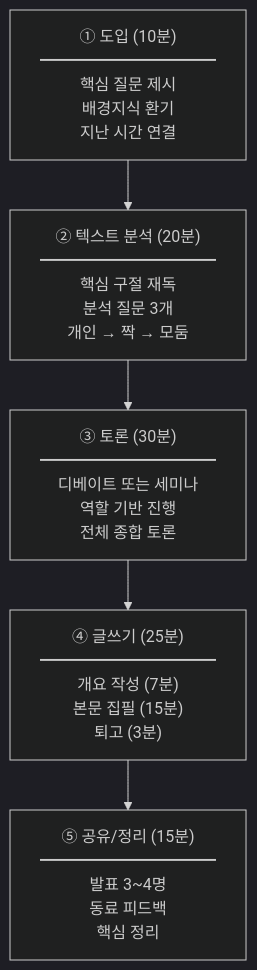
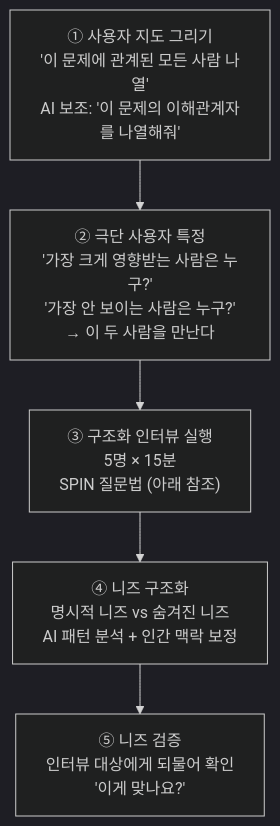
One commit to Collegenie-X/ReadingClueProject changed the second of 3 diagrams in 아이디어/독서토론_중등과정_실전운영_매뉴얼.md. Above: the diagram before and after it, drawn with Mermaid (dark theme). The commit also changed other lines of this file and 7 other files, not shown here.

````diff
--- a/아이디어/독서토론_중등과정_실전운영_매뉴얼.md
+++ b/아이디어/독서토론_중등과정_실전운영_매뉴얼.md
@@ -122,8 +143,8 @@
 ```mermaid
 flowchart TD
-    A["① 도입 (10분)<br/>━━━━━━━━━━━<br/>핵심 질문 제시<br/>배경지식 환기<br/>지난 시간 연결"]
-    --> B["② 텍스트 분석 (20분)<br/>━━━━━━━━━━━<br/>핵심 구절 재독<br/>분석 질문 3개<br/>개인 → 짝 → 모둠"]
-    --> C["③ 토론 (30분)<br/>━━━━━━━━━━━<br/>디베이트 또는 세미나<br/>역할 기반 진행<br/>전체 종합 토론"]
-    --> D["④ 글쓰기 (25분)<br/>━━━━━━━━━━━<br/>개요 작성 (7분)<br/>본문 집필 (15분)<br/>퇴고 (3분)"]
-    --> E["⑤ 공유/정리 (15분)<br/>━━━━━━━━━━━<br/>발표 3~4명<br/>동료 피드백<br/>핵심 정리"]
+    A["① 사용자 지도 그리기<br/>'이 문제에 관계된 모든 사람 나열'<br/>AI 보조: '이 문제의 이해관계자를 나열해줘'"]
+    --> B["② 극단 사용자 특정<br/>'가장 크게 영향받는 사람은 누구?'<br/>'가장 안 보이는 사람은 누구?'<br/>→ 이 두 사람을 만난다"]
+    --> C["③ 구조화 인터뷰 실행<br/>5명 × 15분<br/>SPIN 질문법 (아래 참조)"]
+    --> D["④ 니즈 구조화<br/>명시적 니즈 vs 숨겨진 니즈<br/>AI 패턴 분석 + 인간 맥락 보정"]
+    --> E["⑤ 니즈 검증<br/>인터뷰 대상에게 되물어 확인<br/>'이게 맞나요?'"]
 ```
````
